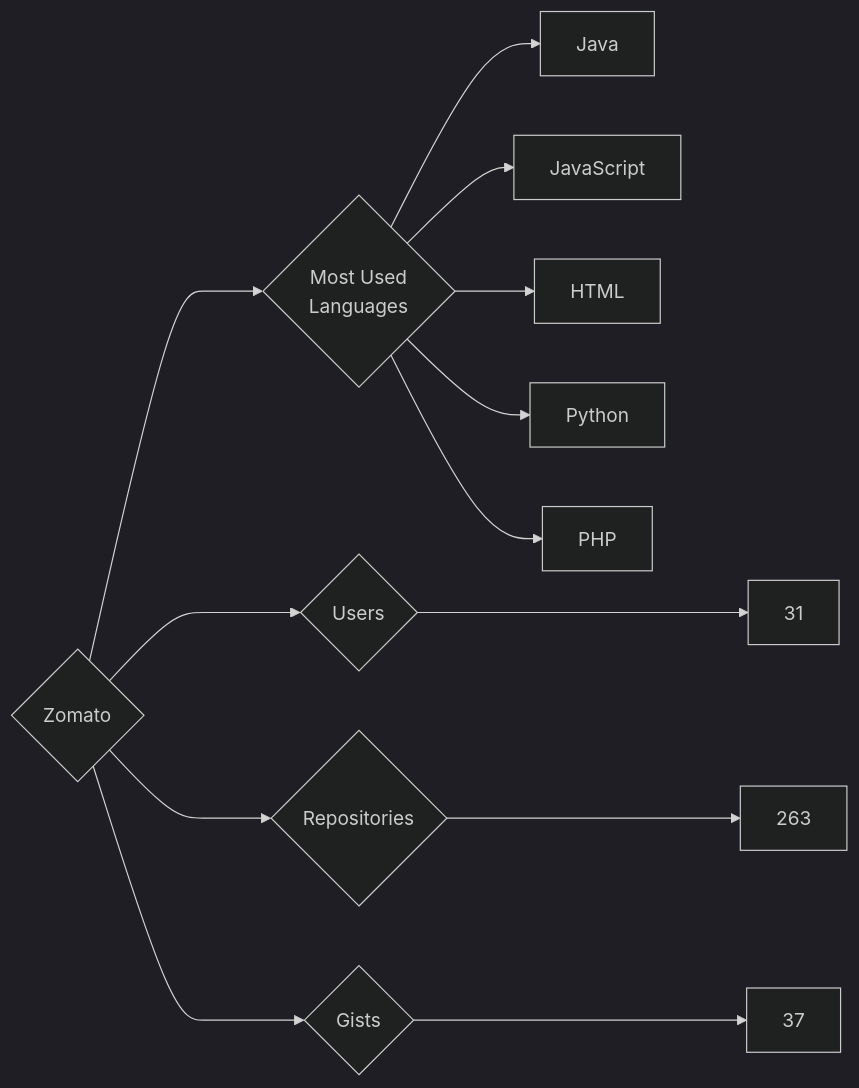
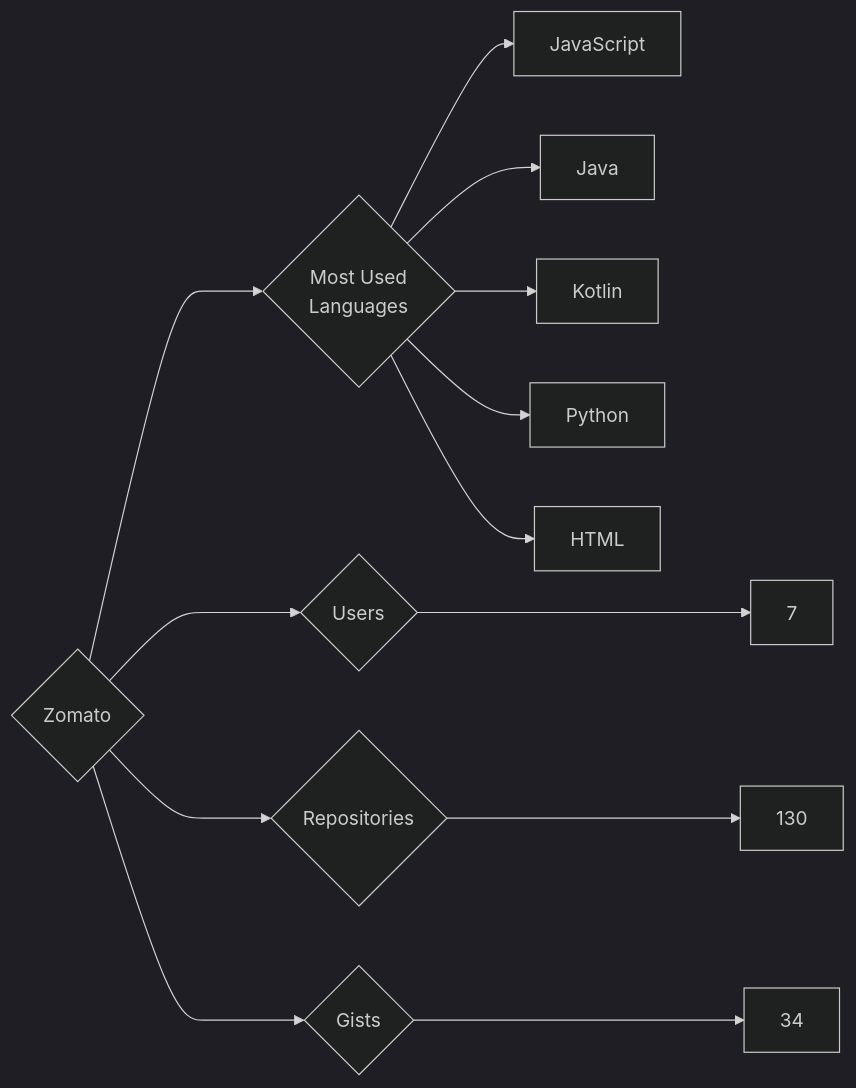
One commit to trickest/insiders changed the diagram in targets/Zomato/README.md. Above: the diagram before and after it, drawn with Mermaid (dark theme). The commit also changed 953 other files, not shown here.

````diff
--- a/targets/Zomato/README.md
+++ b/targets/Zomato/README.md
@@ -3,13 +3,13 @@
 ```mermaid
 graph LR
 COMPANY_NAME{Zomato}
-COMPANY_NAME ---> U{Users} ---> UN[31]
-COMPANY_NAME ---> R{Repositories} ---> RN[263]
-COMPANY_NAME ---> G{Gists} ---> GN[37]
+COMPANY_NAME ---> U{Users} ---> UN[7]
+COMPANY_NAME ---> R{Repositories} ---> RN[130]
+COMPANY_NAME ---> G{Gists} ---> GN[34]
 COMPANY_NAME ---> ML{Most Used<br>Languages}
+ML --> JavaScript[JavaScript]
 ML --> Java[Java]
-ML --> JavaScript[JavaScript]
+ML --> Kotlin[Kotlin]
+ML --> Python[Python]
 ML --> HTML[HTML]
-ML --> Python[Python]
-ML --> PHP[PHP]
 ```
````
